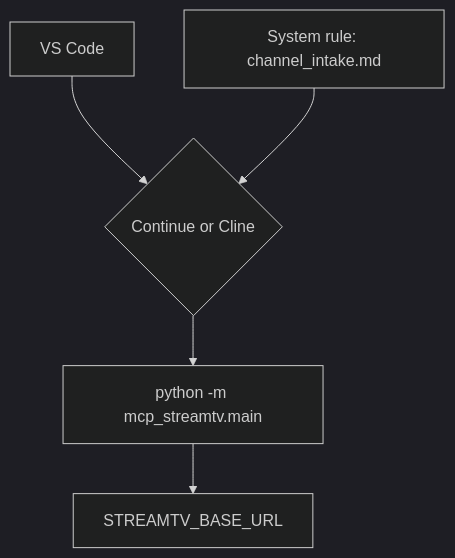
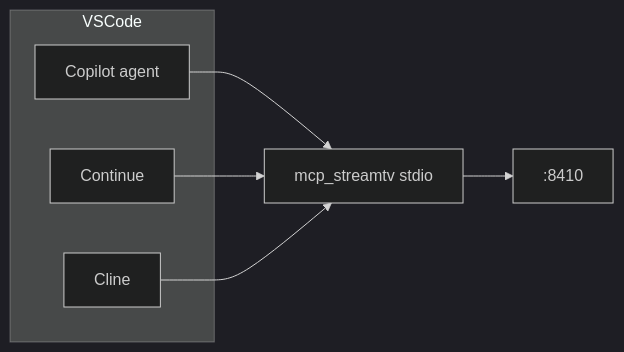
The fifth of 11 diagrams in docs/guides/CHANNEL_CREATOR_MCP_HOST_WIRING.md (roto31/StreamTV), drawn with Mermaid (dark theme) before and after one commit. The commit also changed other lines of this file and 8 other files, not shown here.

````diff
--- a/docs/guides/CHANNEL_CREATOR_MCP_HOST_WIRING.md
+++ b/docs/guides/CHANNEL_CREATOR_MCP_HOST_WIRING.md
@@ -232,7 +126,12 @@
 ```mermaid
-flowchart TD
-  VS["VS Code"] --> Client{"Continue or Cline"}
-  Client --> MCP["python -m mcp_streamtv.main"]
-  MCP --> API["STREAMTV_BASE_URL"]
-  Rules["System rule: channel_intake.md"] --> Client
+flowchart LR
+  subgraph VSCode
+    Copilot["Copilot agent"]
+    Cont["Continue"]
+    Cline["Cline"]
+  end
+  Copilot --> Stdio["mcp_streamtv stdio"]
+  Cont --> Stdio
+  Cline --> Stdio
+  Stdio --> API[":8410"]
 ```
````
